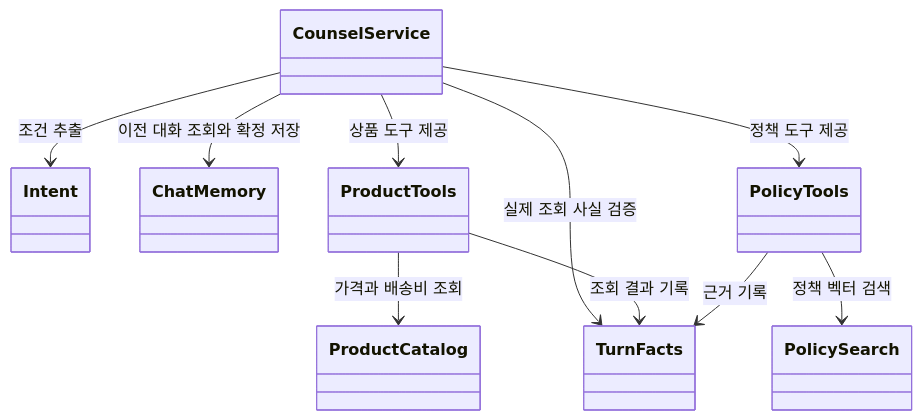
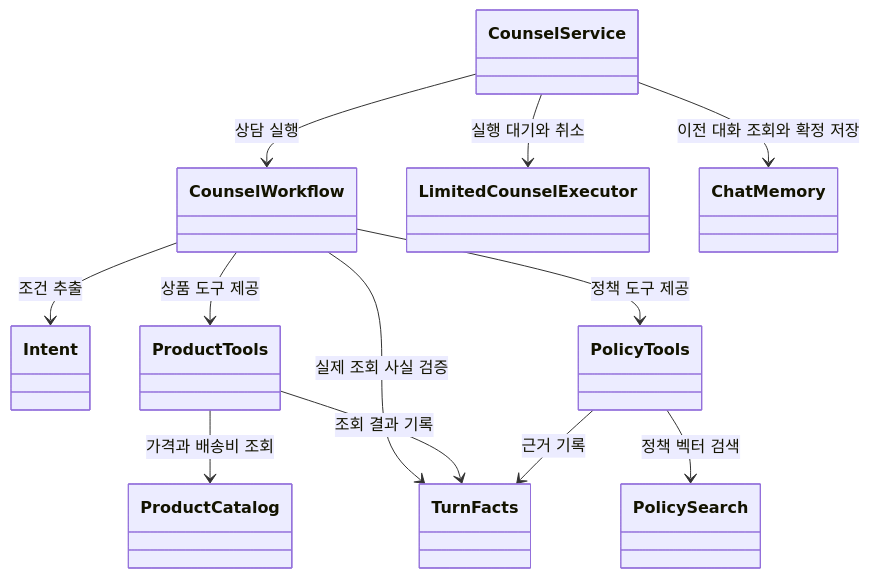
The first of 2 diagrams in Spring-AI-Agent-Learning/docs/lessons/13-shopping-agent/01-map.md (Justin-ad-Park/SpringShoppingAI), drawn with Mermaid before and after one commit. The commit also changed other lines of this file and 27 other files, not shown here.

````diff
--- a/Spring-AI-Agent-Learning/docs/lessons/13-shopping-agent/01-map.md
+++ b/Spring-AI-Agent-Learning/docs/lessons/13-shopping-agent/01-map.md
@@ -33,12 +33,14 @@
 ```mermaid
 classDiagram
-    CounselService --> Intent : 조건 추출
+    CounselService --> CounselWorkflow : 상담 실행
+    CounselService --> LimitedCounselExecutor : 실행 대기와 취소
+    CounselWorkflow --> Intent : 조건 추출
     CounselService --> ChatMemory : 이전 대화 조회와 확정 저장
-    CounselService --> ProductTools : 상품 도구 제공
-    CounselService --> PolicyTools : 정책 도구 제공
-    CounselService --> TurnFacts : 실제 조회 사실 검증
+    CounselWorkflow --> ProductTools : 상품 도구 제공
+    CounselWorkflow --> PolicyTools : 정책 도구 제공
+    CounselWorkflow --> TurnFacts : 실제 조회 사실 검증
     ProductTools --> ProductCatalog : 가격과 배송비 조회
     ProductTools --> TurnFacts : 조회 결과 기록
     PolicyTools --> PolicySearch : 정책 벡터 검색
     PolicyTools --> TurnFacts : 근거 기록
 ```
````
